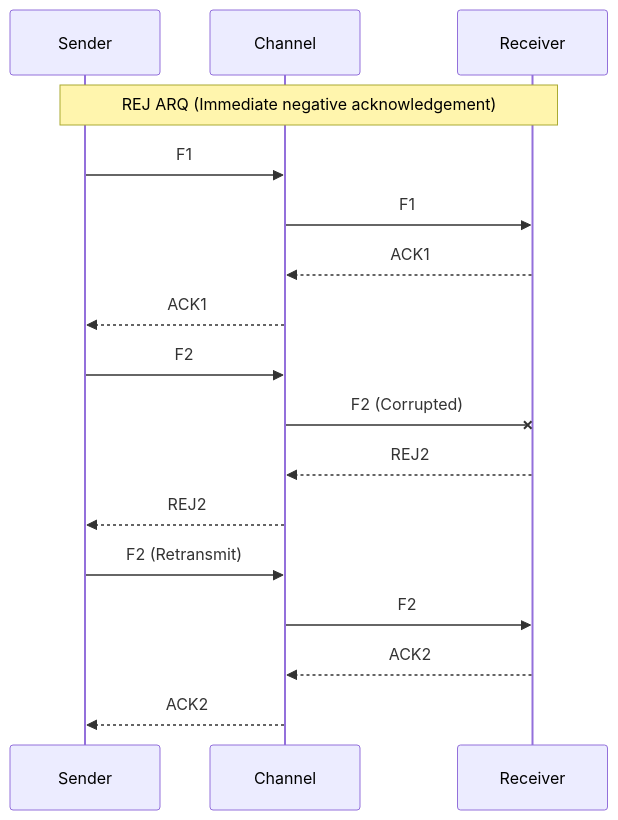
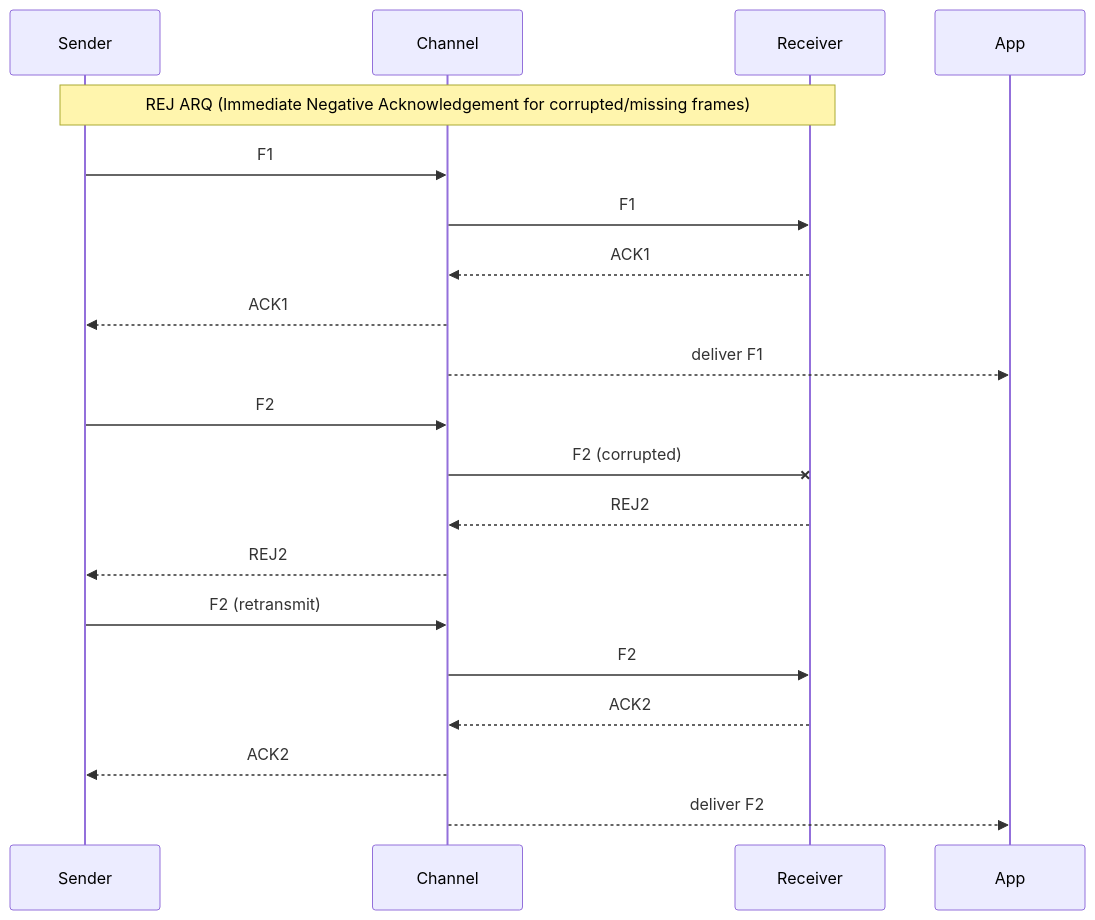
One commit to PahlavanianAzadUni/computer-networks-notes changed the fourth of 4 diagrams in Lesson7B.md. Above: the diagram before and after it, drawn with Mermaid. The commit also changed other lines of this file, not shown here.

````diff
--- a/Lesson7B.md
+++ b/Lesson7B.md
@@ -192,23 +256,30 @@
 ```mermaid
 sequenceDiagram
     participant S as Sender
     participant C as Channel
     participant R as Receiver
+    participant A as App
 
-    Note over S,R: REJ ARQ (Immediate negative acknowledgement)
+    Note over S,R: REJ ARQ (Immediate Negative Acknowledgement for corrupted/missing frames)
 
+    %% Frame 1 normal
     S->>C: F1
     C->>R: F1
     R-->>C: ACK1
     C-->>S: ACK1
+    C-->>A: deliver F1
 
+    %% Frame 2 corrupted
     S->>C: F2
-    C -x R: F2 (Corrupted)
+    C -x R: F2 (corrupted)
     R-->>C: REJ2
     C-->>S: REJ2
 
-    S->>C: F2 (Retransmit)
+    %% Retransmission of Frame 2
+    S->>C: F2 (retransmit)
     C->>R: F2
     R-->>C: ACK2
     C-->>S: ACK2
+    C-->>A: deliver F2
+
 ```
````
